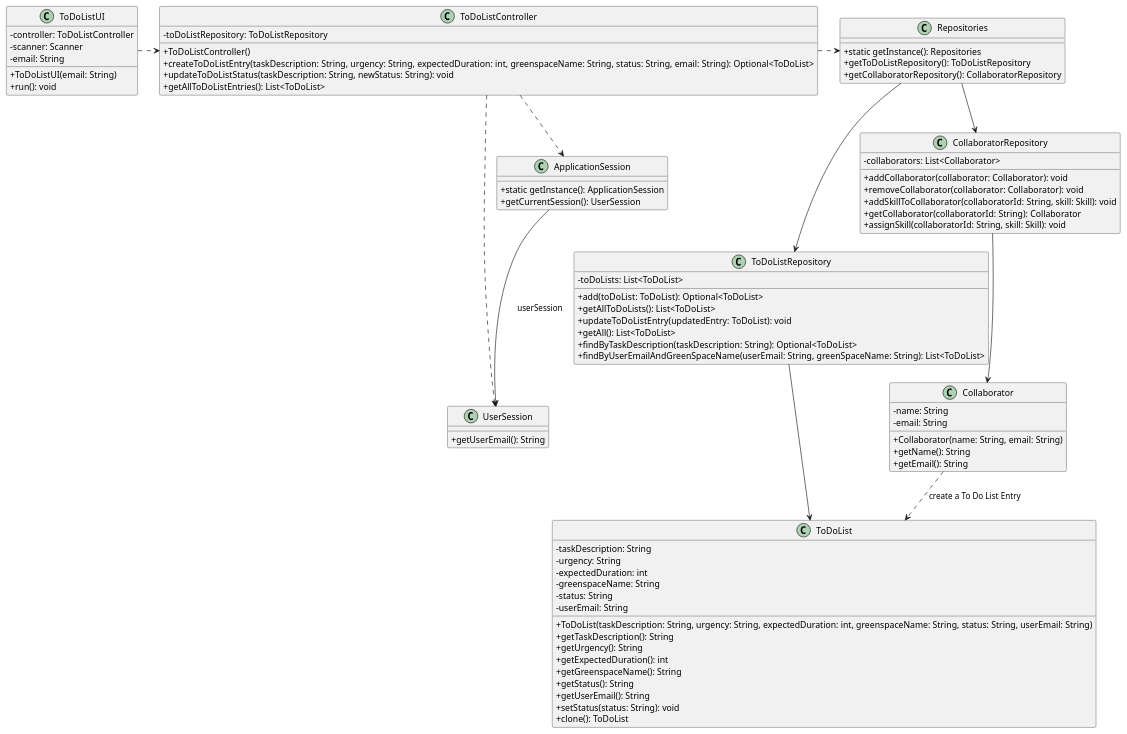
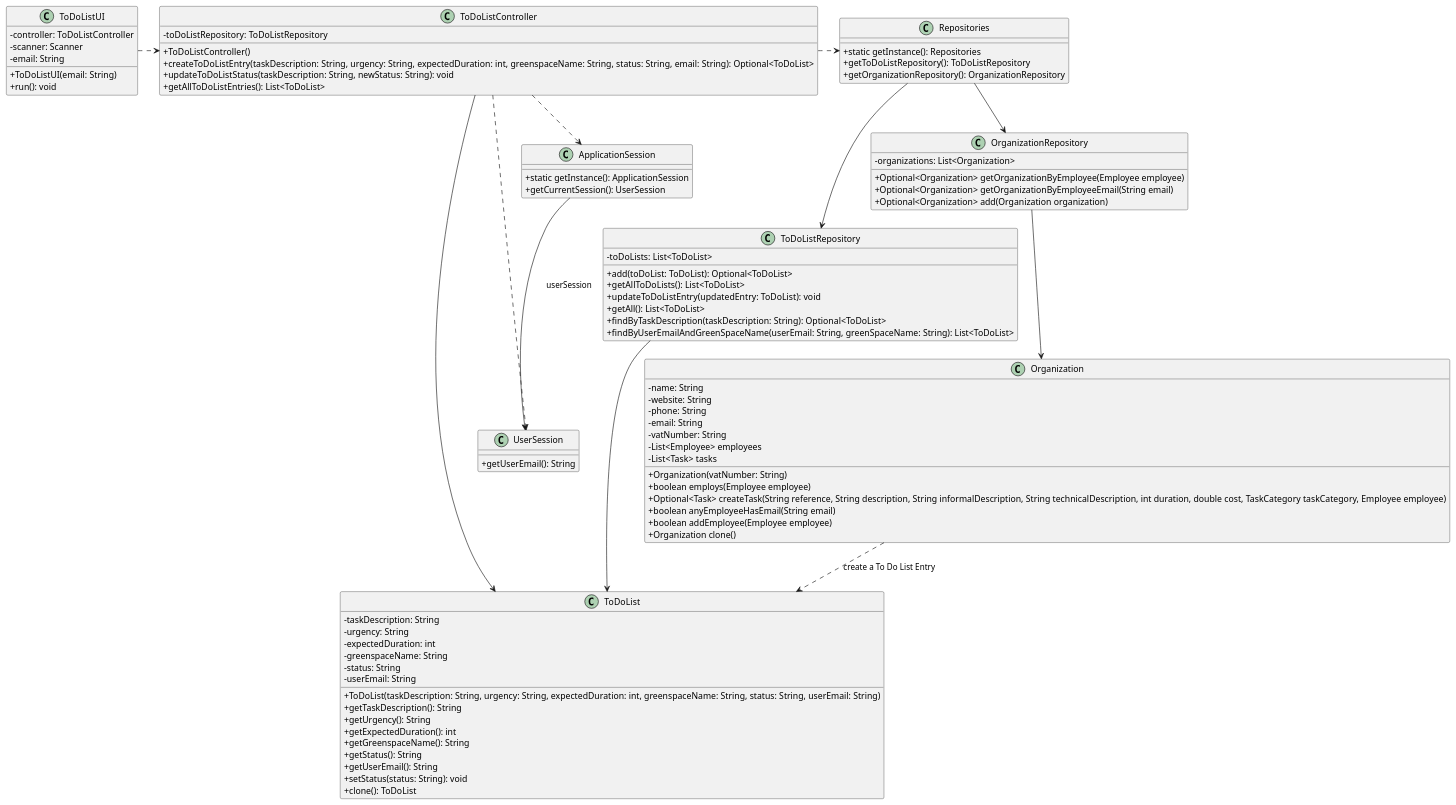
One commit to Departamento-de-Engenharia-Informatica/greenspace-management changed the diagram in docs/sprintC/us021/03.design/puml/us021-class-diagram.puml. Above: the diagram before and after it, drawn with PlantUML. The commit also changed 17 other files, not shown here.

```diff
--- a/docs/sprintC/us021/03.design/puml/us021-class-diagram.puml
+++ b/docs/sprintC/us021/03.design/puml/us021-class-diagram.puml
@@ -1,102 +1,108 @@
 @startuml
 
 skinparam packageStyle rectangle
 skinparam shadowing false
 skinparam linetype polyline
 skinparam linetype orto
 skinparam classAttributeIconSize 0
 
 class ToDoList {
     - taskDescription: String
     - urgency: String
     - expectedDuration: int
     - greenspaceName: String
     - status: String
     - userEmail: String
 
     + ToDoList(taskDescription: String, urgency: String, expectedDuration: int, greenspaceName: String, status: String, userEmail: String)
     + getTaskDescription(): String
     + getUrgency(): String
     + getExpectedDuration(): int
     + getGreenspaceName(): String
     + getStatus(): String
     + getUserEmail(): String
     + setStatus(status: String): void
     + clone(): ToDoList
 }
 
 class ToDoListRepository {
     - toDoLists: List<ToDoList>
 
     + add(toDoList: ToDoList): Optional<ToDoList>
     + getAllToDoLists(): List<ToDoList>
     + updateToDoListEntry(updatedEntry: ToDoList): void
     + getAll(): List<ToDoList>
     + findByTaskDescription(taskDescription: String): Optional<ToDoList>
     + findByUserEmailAndGreenSpaceName(userEmail: String, greenSpaceName: String): List<ToDoList>
 }
 
 class ToDoListController {
     - toDoListRepository: ToDoListRepository
 
     + ToDoListController()
     + createToDoListEntry(taskDescription: String, urgency: String, expectedDuration: int, greenspaceName: String, status: String, email: String): Optional<ToDoList>
     + updateToDoListStatus(taskDescription: String, newStatus: String): void
     + getAllToDoListEntries(): List<ToDoList>
 }
 
 class Repositories {
     + static getInstance(): Repositories
     + getToDoListRepository(): ToDoListRepository
-    + getCollaboratorRepository(): CollaboratorRepository
+    + getOrganizationRepository(): OrganizationRepository
 }
 
 class ToDoListUI {
     - controller: ToDoListController
     - scanner: Scanner
     - email: String
 
     + ToDoListUI(email: String)
     + run(): void
 }
 
 class UserSession {
     + getUserEmail(): String
 }
 
 class ApplicationSession {
     + static getInstance(): ApplicationSession
     + getCurrentSession(): UserSession
 }
 
-class Collaborator {
+class Organization {
     - name: String
+    - website: String
+    - phone: String
     - email: String
+    - vatNumber: String
+    - List<Employee> employees
+    - List<Task> tasks
 
-    + Collaborator(name: String, email: String)
-    + getName(): String
-    + getEmail(): String
+    + Organization(vatNumber: String)
+    + boolean employs(Employee employee)
+    + Optional<Task> createTask(String reference, String description, String informalDescription, String technicalDescription, int duration, double cost, TaskCategory taskCategory, Employee employee)
+    + boolean anyEmployeeHasEmail(String email)
+    + boolean addEmployee(Employee employee)
+    + Organization clone()
 }
 
-class CollaboratorRepository {
-    - collaborators: List<Collaborator>
+class OrganizationRepository {
+    - organizations: List<Organization>
 
-    + addCollaborator(collaborator: Collaborator): void
-    + removeCollaborator(collaborator: Collaborator): void
-    + addSkillToCollaborator(collaboratorId: String, skill: Skill): void
-    + getCollaborator(collaboratorId: String): Collaborator
-    + assignSkill(collaboratorId: String, skill: Skill): void
+    + Optional<Organization> getOrganizationByEmployee(Employee employee)
+    + Optional<Organization> getOrganizationByEmployeeEmail(String email)
+    + Optional<Organization> add(Organization organization)
 }
 
 ToDoListController .> Repositories
 Repositories --> ToDoListRepository
-Repositories --> CollaboratorRepository
-CollaboratorRepository --> Collaborator
+Repositories --> OrganizationRepository
+OrganizationRepository --> Organization
 ToDoListUI .> ToDoListController
 ToDoListRepository --> ToDoList
-
+ToDoListController --> ToDoList
 ApplicationSession --> UserSession : userSession
 ToDoListController ..> ApplicationSession
 ToDoListController ..> UserSession
-Collaborator ..> ToDoList : create a To Do List Entry
+Organization ..> ToDoList : create a To Do List Entry
 @enduml
```
